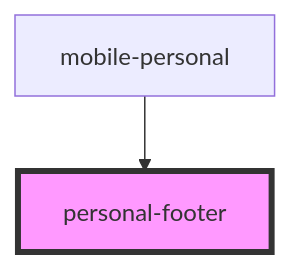
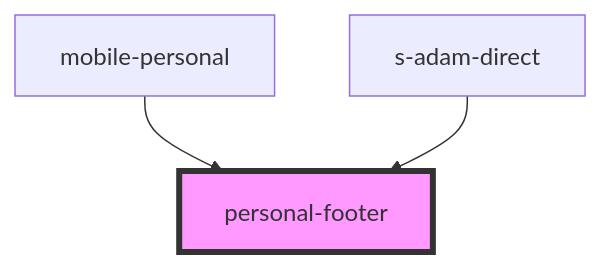
The diagram in src/components/shared/personal-footer/readme.md (saqhan/stencil-chat), drawn with Mermaid before and after one commit. The commit also changed other lines of this file and 38 other files, not shown here.

````diff
--- a/src/components/shared/personal-footer/readme.md
+++ b/src/components/shared/personal-footer/readme.md
@@ -22,5 +23,6 @@
 ```mermaid
 graph TD;
   mobile-personal --> personal-footer
+  s-adam-direct --> personal-footer
   style personal-footer fill:#f9f,stroke:#333,stroke-width:4px
 ```
````
